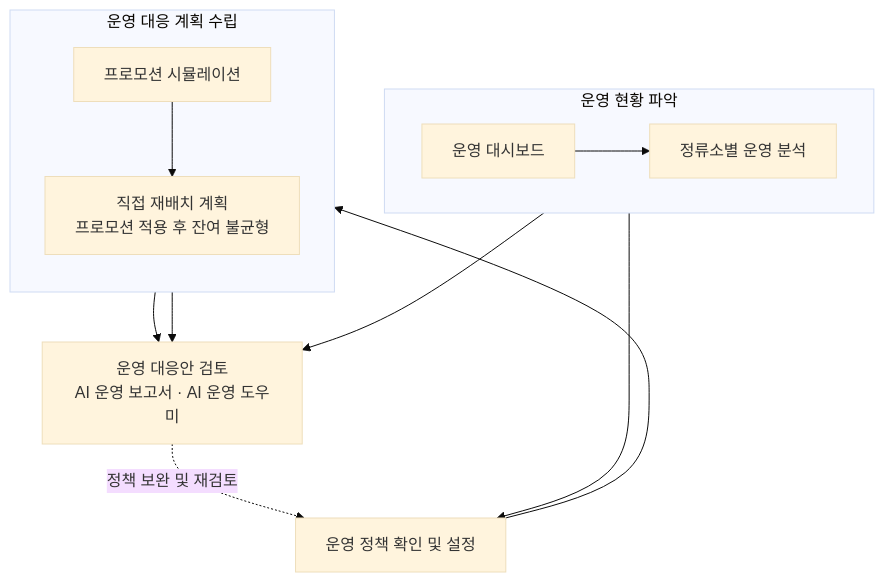
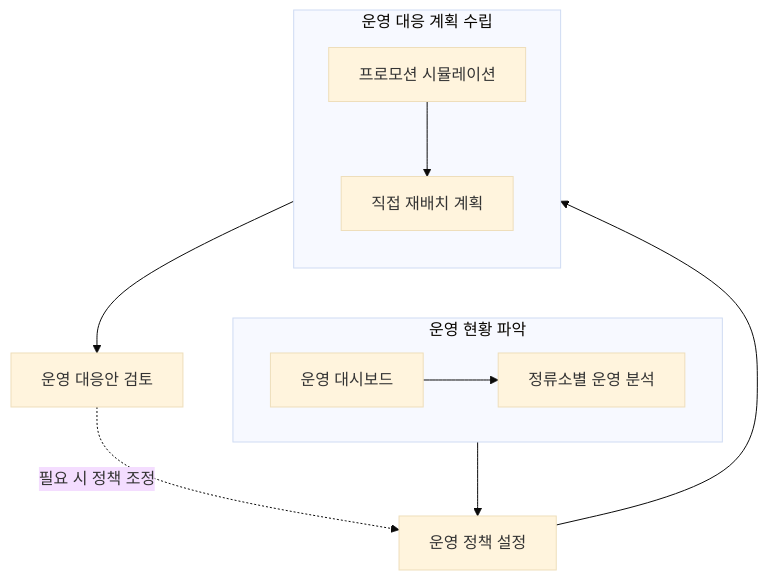
Before and after one commit to DDylan05/GoruFleet: the diagram in readme.md, drawn with Mermaid (base theme). The commit also changed other lines of this file, not shown here.

````diff
--- a/readme.md
+++ b/readme.md
@@ -78,32 +78,29 @@
 ```mermaid
 flowchart TB
 
     subgraph MONITOR["운영 현황 파악"]
         direction LR
         DASH["운영 대시보드"]
         STATION["정류소별 운영 분석"]
 
         DASH --> STATION
     end
 
-    POLICY["운영 정책 확인 및 설정"]
+    POLICY["운영 정책 설정"]
 
     subgraph PLAN["운영 대응 계획 수립"]
         direction TB
         PROMO["프로모션 시뮬레이션"]
-        RELOC["직접 재배치 계획<br/>프로모션 적용 후 잔여 불균형"]
+        RELOC["직접 재배치 계획"]
 
         PROMO --> RELOC
     end
 
-    REVIEW["운영 대응안 검토<br/>AI 운영 보고서 · AI 운영 도우미"]
+    REVIEW["운영 대응안 검토"]
 
     STATION --> POLICY
     POLICY --> PROMO
-
-    STATION --> REVIEW
-    PROMO --> REVIEW
     RELOC --> REVIEW
 
-    REVIEW -.->|정책 보완 및 재검토| POLICY
+    REVIEW -.->|필요 시 정책 조정| POLICY
 ```
````
